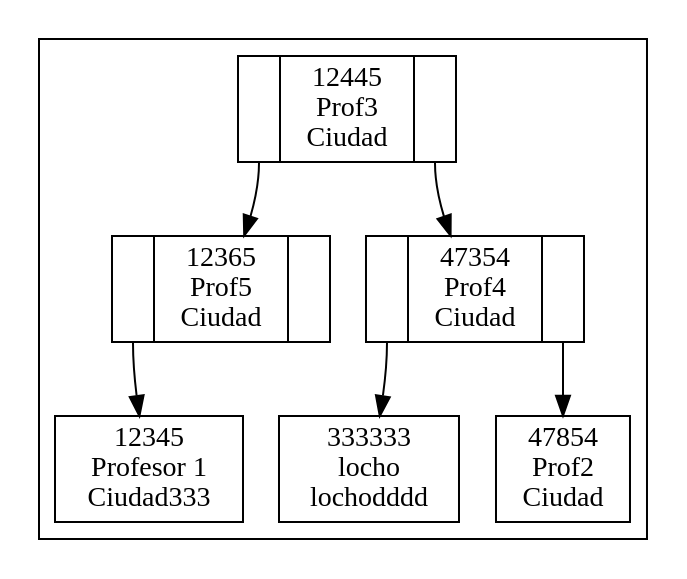
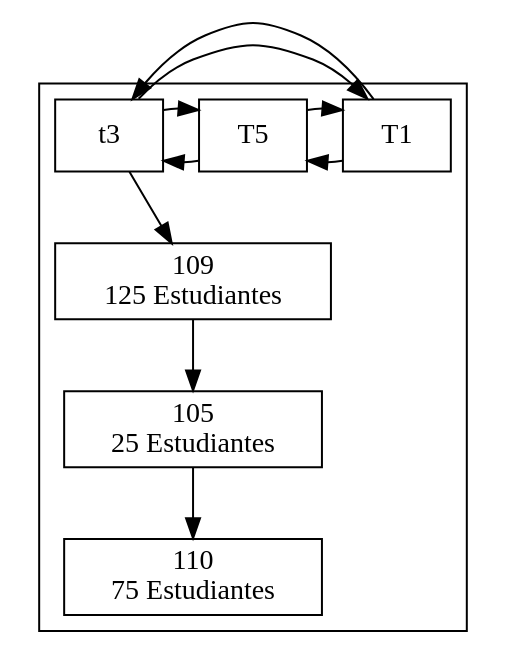
One commit to Chejohrpp/P2ED changed the diagram in img/dibujable.dot. Above: the diagram before and after it, drawn with Graphviz. The commit also changed 24 other files, not shown here.

```diff
--- a/img/dibujable.dot
+++ b/img/dibujable.dot
@@ -1,15 +1,18 @@
-digraph g{subgraph cluster_arbol_Catedratico{
-rankdir=TB;
-node[shape = record, style=filled, fillcolor=white];
-Catedratico12445:C0->Catedratico12365;
-Catedratico12365:C0->Catedratico12345;
-Catedratico12345[label="12345\nProfesor 1\nCiudad333"];
-Catedratico12365[ label ="<C0>|12365\nProf5\nCiudad|<C1>"];
-Catedratico12445:C1->Catedratico47354;
-Catedratico47354:C0->Catedratico333333;
-Catedratico333333[label="333333\nlocho\nlochodddd"];
-Catedratico47354:C1->Catedratico47854;
-Catedratico47854[label="47854\nProf2\nCiudad"];
-Catedratico47354[ label ="<C0>|47354\nProf4\nCiudad|<C1>"];
-Catedratico12445[ label ="<C0>|12445\nProf3\nCiudad|<C1>"];
+digraph g{subgraph cluster_edificio{
+node [shape=box,color=black];
+edificio_T1->edificio_T5[constraint=false];
+edificio_T1[label="T1"];
+edificio_T5->edificio_t3[constraint=false];
+edificio_T5[label="T5"];
+edificio_t3->edificio_T1[constraint=false];
+edificio_t3[label="t3"];
+edificio_T1->edificio_t3[constraint=false];
+edificio_T5->edificio_T1[constraint=false];
+edificio_t3->edificio_T5[constraint=false];
+edificio_t3->salon_edificio_t3109;
+salon_edificio_t3109->salon_edificio_t3105;
+salon_edificio_t3109[label="109\n125 Estudiantes "];
+salon_edificio_t3105->salon_edificio_t3110;
+salon_edificio_t3105[label="105\n25 Estudiantes "];
+salon_edificio_t3110[label="110\n75 Estudiantes "];
 } }
```
